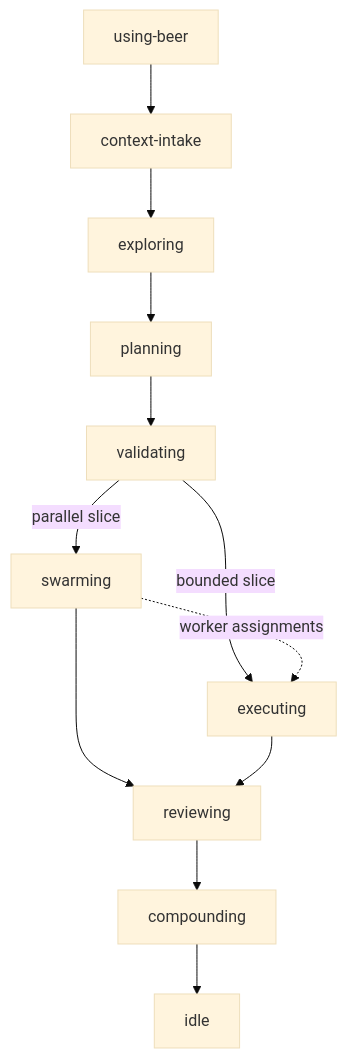
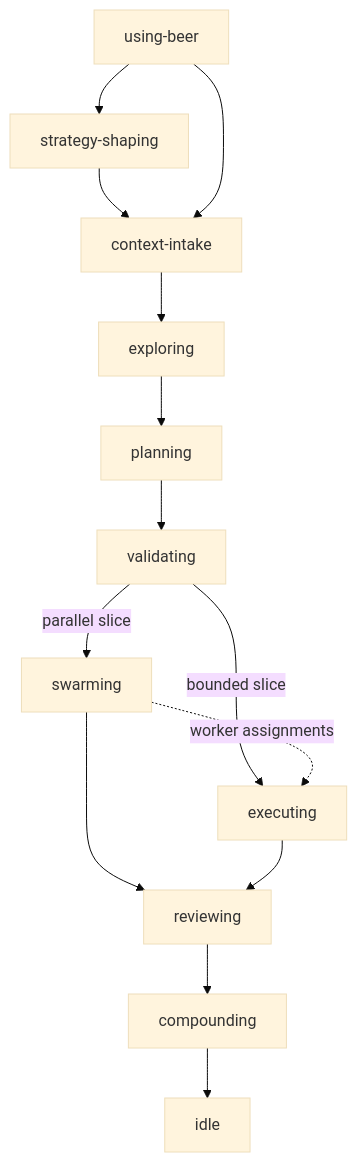
Before and after one commit to Huy-04/beer-skills: the first of 2 diagrams in skills/workflow/README.md, drawn with Mermaid (base theme). The commit also changed other lines of this file and 15 other files, not shown here.

````diff
--- a/skills/workflow/README.md
+++ b/skills/workflow/README.md
@@ -13,14 +13,16 @@
 ```mermaid
 flowchart TD
-    UB[using-beer] --> CC[context-intake]
+    UB[using-beer] --> SS[strategy-shaping]
+    SS --> CC[context-intake]
+    UB --> CC
     CC --> EX[exploring]
     EX --> PL[planning]
     PL --> VA[validating]
     VA -->|parallel slice| SW[swarming]
     VA -->|bounded slice| EW[executing]
     SW -. worker assignments .-> EW
     SW --> RV[reviewing]
     EW --> RV[reviewing]
     RV --> CO[compounding]
     CO --> IDLE[idle]
 ```
````
